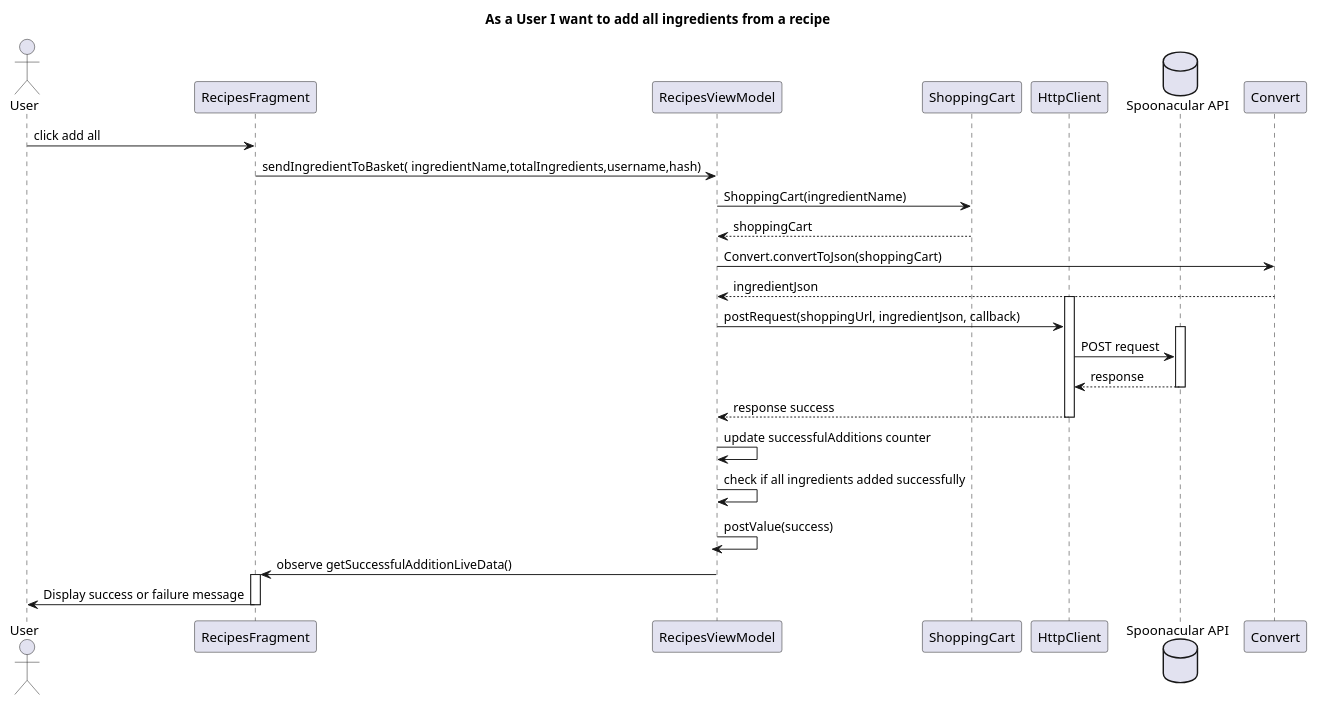
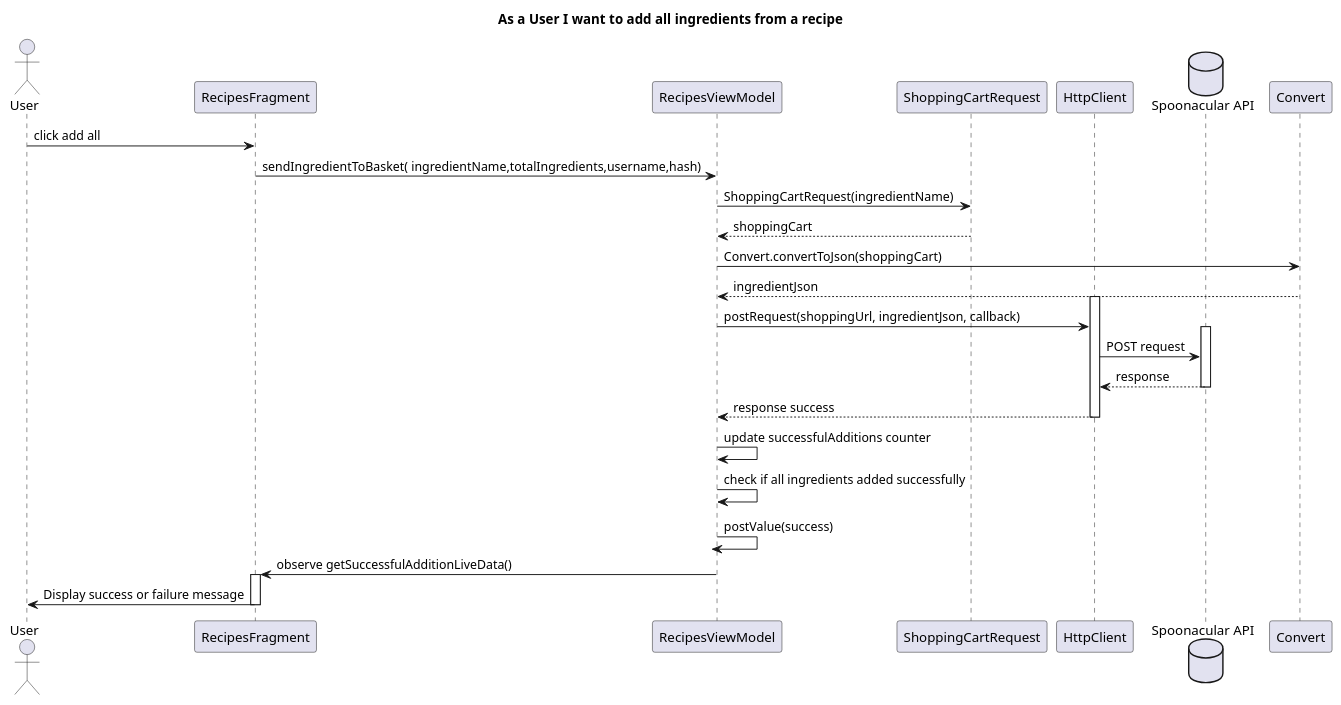
One commit to IsepMartimOliveira/DSSMV_ProjectDroid_1181754 changed the diagram in Documents/US/US04/SD.puml. Above: the diagram before and after it, drawn with PlantUML. The commit also changed 2 other files, not shown here.

```diff
--- a/Documents/US/US04/SD.puml
+++ b/Documents/US/US04/SD.puml
@@ -1,38 +1,38 @@
 @startuml
 title As a User I want to add all ingredients from a recipe
 actor User as User
 participant "RecipesFragment" as GalleryFragment
 participant "RecipesViewModel" as GalleryViewModel
-participant "ShoppingCart" as ShoppingCart
+participant "ShoppingCartRequest" as ShoppingCart
 participant "HttpClient" as HttpClient
 database "Spoonacular API" as Server
 participant "Convert" as Convert
 
 User -> GalleryFragment: click add all
 GalleryFragment -> GalleryViewModel: sendIngredientToBasket( ingredientName,totalIngredients,username,hash)
-GalleryViewModel->ShoppingCart:ShoppingCart(ingredientName)
+GalleryViewModel->ShoppingCart:ShoppingCartRequest(ingredientName)
 ShoppingCart-->GalleryViewModel: shoppingCart
 GalleryViewModel->Convert:Convert.convertToJson(shoppingCart)
 Convert-->GalleryViewModel:ingredientJson
 
 activate HttpClient
 
 GalleryViewModel -> HttpClient: postRequest(shoppingUrl, ingredientJson, callback)
 activate Server
 
 HttpClient->Server:POST request
 Server-->"HttpClient":response
 
 deactivate Server
 HttpClient --> GalleryViewModel: response success
 deactivate HttpClient
 GalleryViewModel -> GalleryViewModel: update successfulAdditions counter
 GalleryViewModel -> GalleryViewModel: check if all ingredients added successfully
 GalleryViewModel -> GalleryViewModel: postValue(success)
 deactivate GalleryViewModel
 GalleryViewModel -> GalleryFragment: observe getSuccessfulAdditionLiveData()
 activate GalleryFragment
 GalleryFragment -> User: Display success or failure message
 deactivate GalleryFragment
 
 @enduml
```
